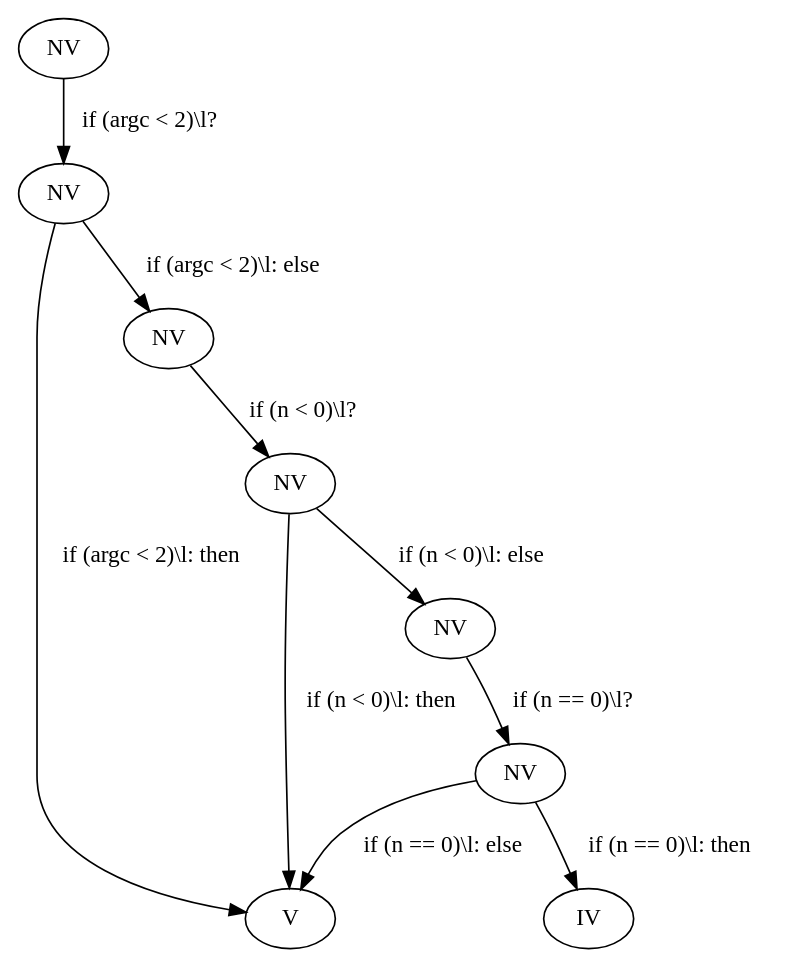
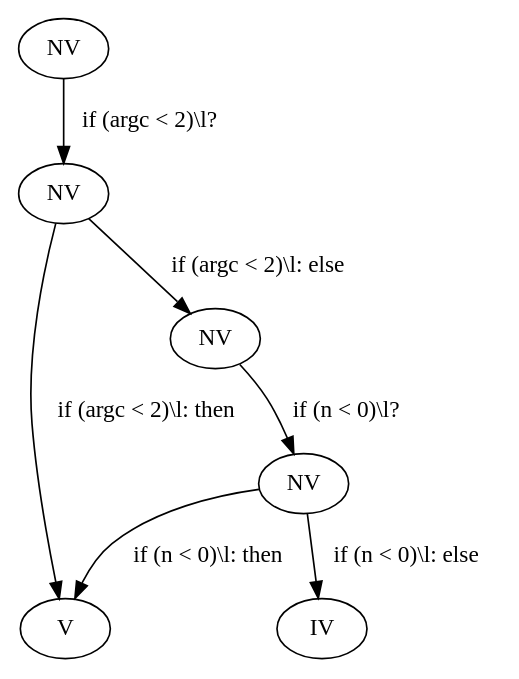
The diagram in llvm/feli/outputs/monitor.dot (FelicitasGarcia/MimicryMonitor), drawn with Graphviz before and after one commit. The commit also changed 28 other files, not shown here.

```diff
--- a/llvm/feli/outputs/monitor.dot
+++ b/llvm/feli/outputs/monitor.dot
@@ -1,20 +1,15 @@
 digraph MM {
-  8 [label="V"];
-  9 [label="IV"];
+  6 [label="V"];
+  7 [label="IV"];
   1 [label="NV"];
   2 [label="NV"];
   3 [label="NV"];
   5 [label="NV"];
-  6 [label="NV"];
-  7 [label="NV"];
 
   1 -> 2 [label="if (argc \< 2)\\l?", id=0];
   2 -> 3 [label="if (argc \< 2)\\l: else", id=1];
-  2 -> 8 [label="if (argc \< 2)\\l: then", id=2];
+  2 -> 6 [label="if (argc \< 2)\\l: then", id=2];
   3 -> 5 [label="if (n \< 0)\\l?", id=3];
-  5 -> 6 [label="if (n \< 0)\\l: else", id=4];
-  5 -> 8 [label="if (n \< 0)\\l: then", id=5];
-  6 -> 7 [label="if (n == 0)\\l?", id=6];
-  7 -> 8 [label="if (n == 0)\\l: else", id=7];
-  7 -> 9 [label="if (n == 0)\\l: then", id=8];
+  5 -> 7 [label="if (n \< 0)\\l: else", id=4];
+  5 -> 6 [label="if (n \< 0)\\l: then", id=5];
 }
```
